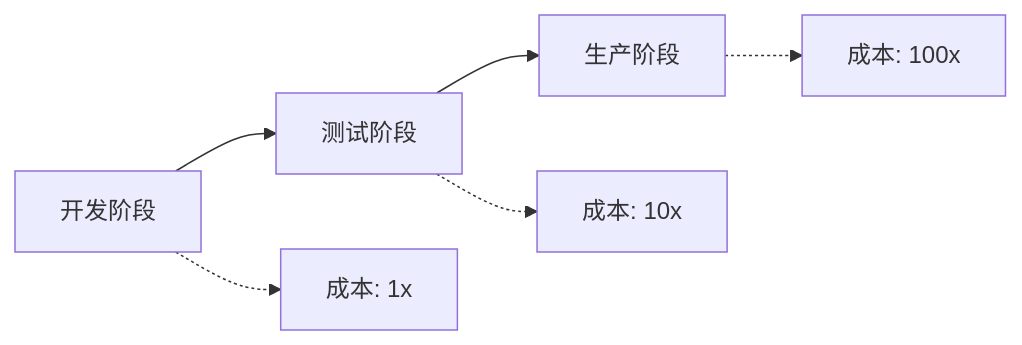
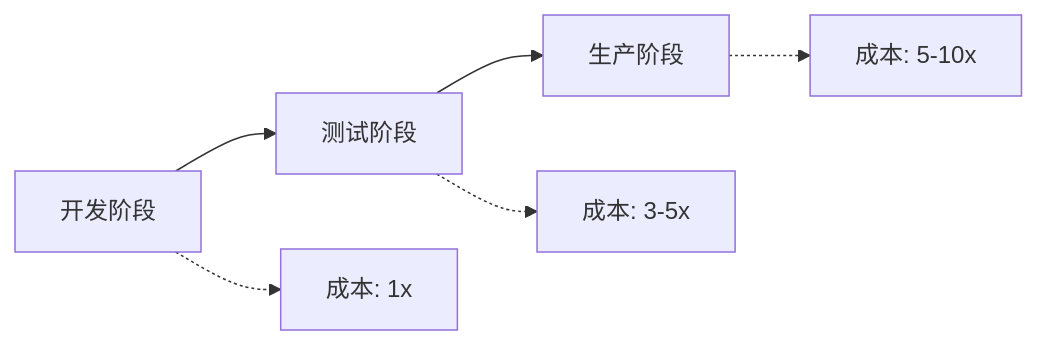
Before and after one commit to lynzz/vitest-demo: the second of 4 diagrams in slides.md, drawn with Mermaid. The commit also changed other lines of this file and 10 other files, not shown here.

````diff
--- a/slides.md
+++ b/slides.md
@@ -174,9 +188,9 @@
 ```mermaid {scale: 0.7}
 graph LR
     A[开发阶段] --> B[测试阶段]
     B --> C[生产阶段]
     
     A -.-> D[成本: 1x]
-    B -.-> E[成本: 10x]
-    C -.-> F[成本: 100x]
+    B -.-> E[成本: 3-5x]
+    C -.-> F[成本: 5-10x]
 ```
````
